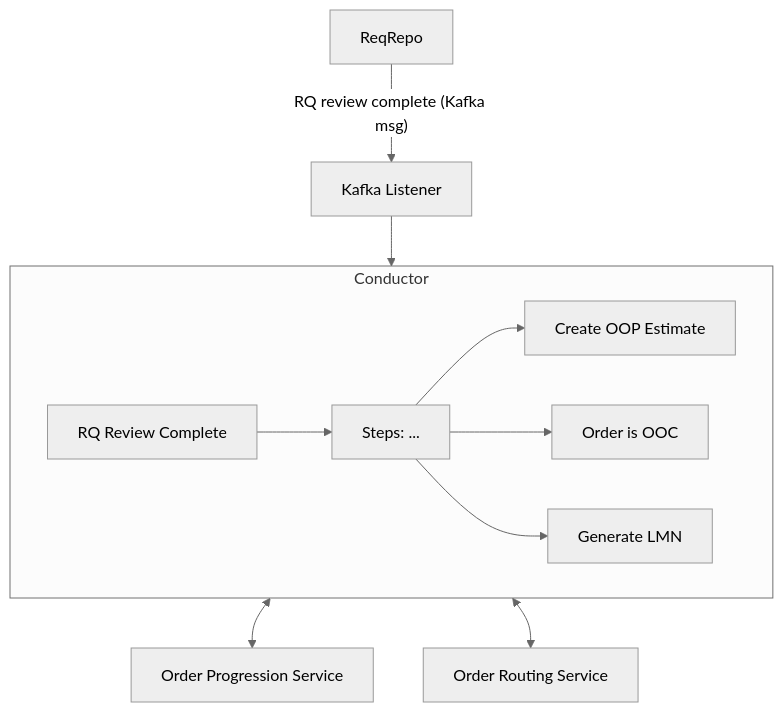
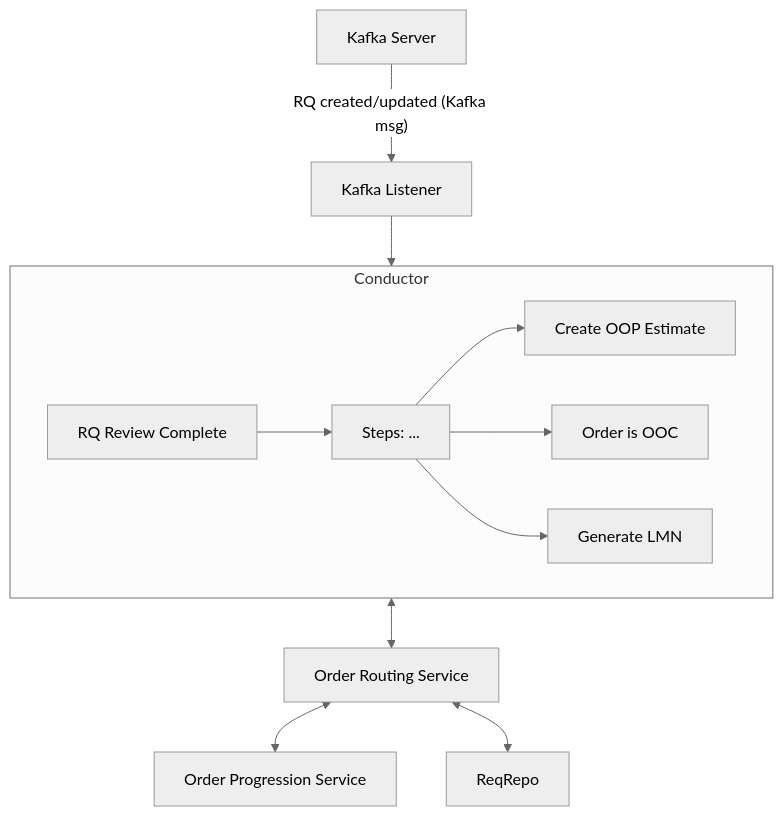
Before and after one commit to jd-brennan/doc: the diagram in playground.md, drawn with Mermaid (neutral theme).

Commit message:
Update diag

````diff
--- a/playground.md
+++ b/playground.md
@@ -17,13 +17,15 @@
 ```mermaid
 flowchart TD
-    RR[ReqRepo] -- "RQ review complete (Kafka msg)" --> ORSL
+    Kafka[Kafka Server] -- "RQ created/updated (Kafka msg)" --> ORSL
     ORSL["Kafka Listener"] --> Conductor
-    Conductor <--> OPS["Order Progression Service"]
     Conductor <--> ORS["Order Routing Service"]
+    ORS <--> OPS["Order Progression Service"]
+    ORS <--> RR[ReqRepo]
+    
     subgraph "Conductor"
         Start["RQ Review Complete"] --> Step1["Steps: ..."]
 	    Step1 --> OOP["Create OOP Estimate"]
         Step1 --> OOC["Order is OOC"]
         Step1 --> LMN["Generate LMN"]
 end
 ```
````
